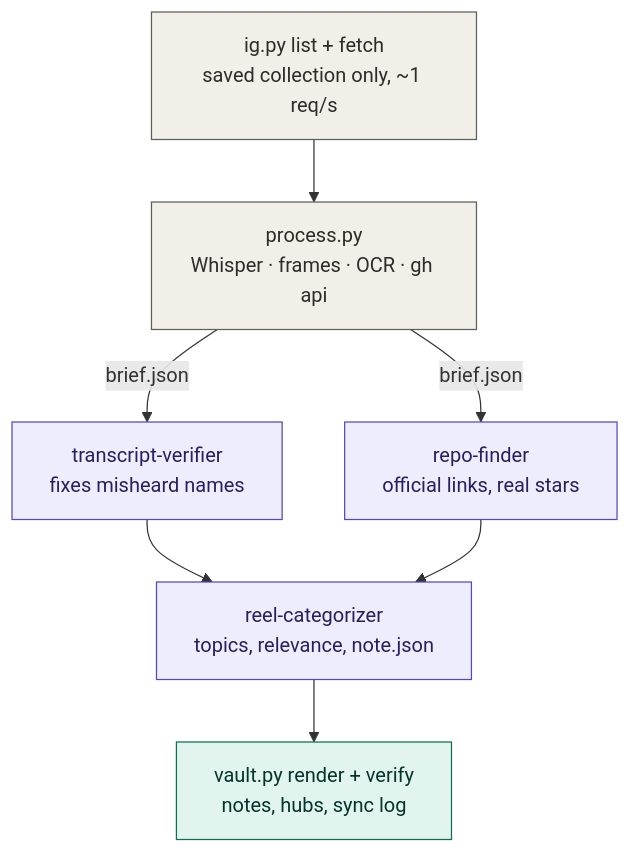
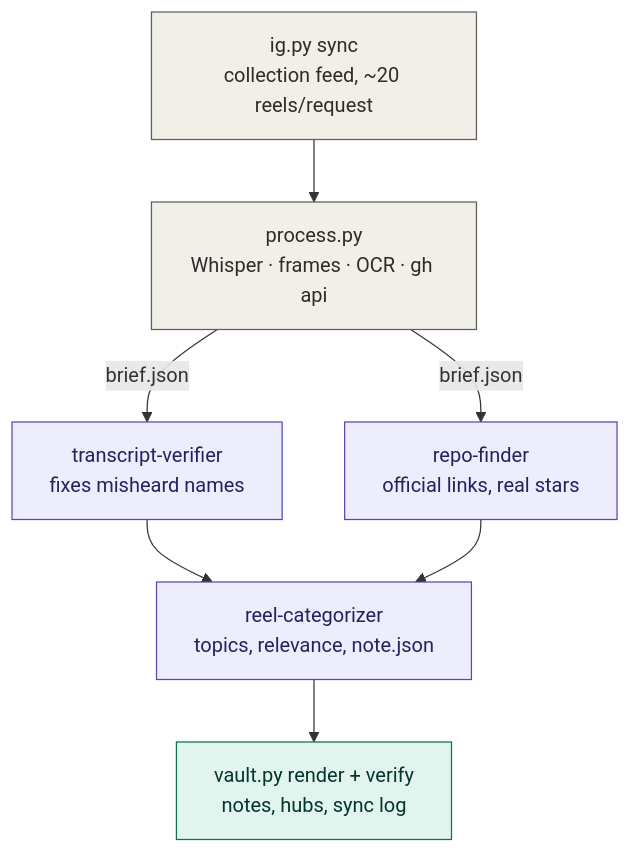
One commit to AnonymousBacon/reel-ingestion changed the diagram in README.md. Above: the diagram before and after it, drawn with Mermaid. The commit also changed other lines of this file and 8 other files, not shown here.

First line of the commit message:
Sync via collection feed, stream frames, add all-saved mode

````diff
--- a/README.md
+++ b/README.md
@@ -18,15 +18,15 @@
 ```mermaid
 flowchart TD
-    A["ig.py list + fetch<br/>saved collection only, ~1 req/s"] --> B["process.py<br/>Whisper · frames · OCR · gh api"]
+    A["ig.py sync<br/>collection feed, ~20 reels/request"] --> B["process.py<br/>Whisper · frames · OCR · gh api"]
     B -->|brief.json| C["transcript-verifier<br/>fixes misheard names"]
     B -->|brief.json| D["repo-finder<br/>official links, real stars"]
     C --> E["reel-categorizer<br/>topics, relevance, note.json"]
     D --> E
     E --> F["vault.py render + verify<br/>notes, hubs, sync log"]
     classDef script fill:#f1efe8,stroke:#5f5e5a,color:#2c2c2a
     classDef agent fill:#eeedfe,stroke:#534ab7,color:#26215c
     classDef vault fill:#e1f5ee,stroke:#0f6e56,color:#04342c
     class A,B script
     class C,D,E agent
     class F vault
 ```
````
